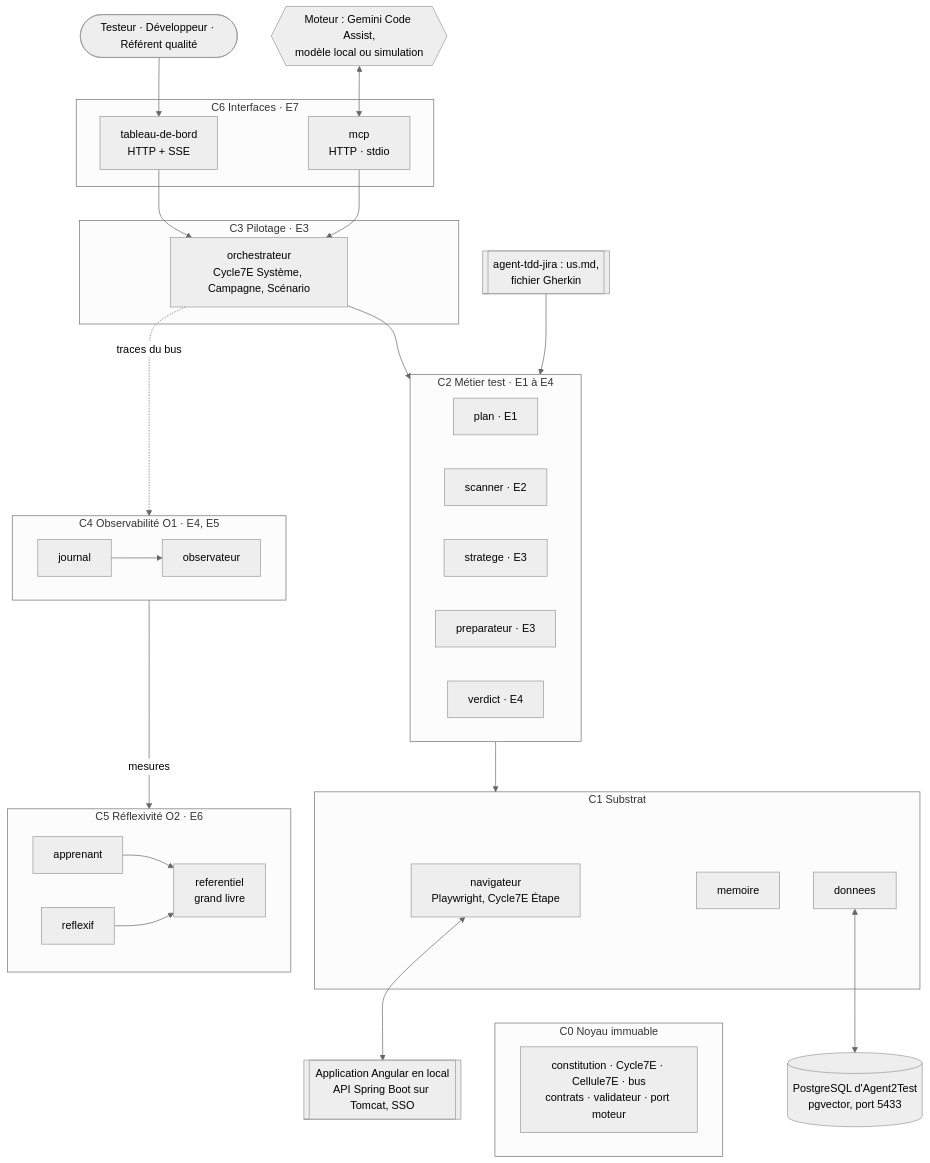
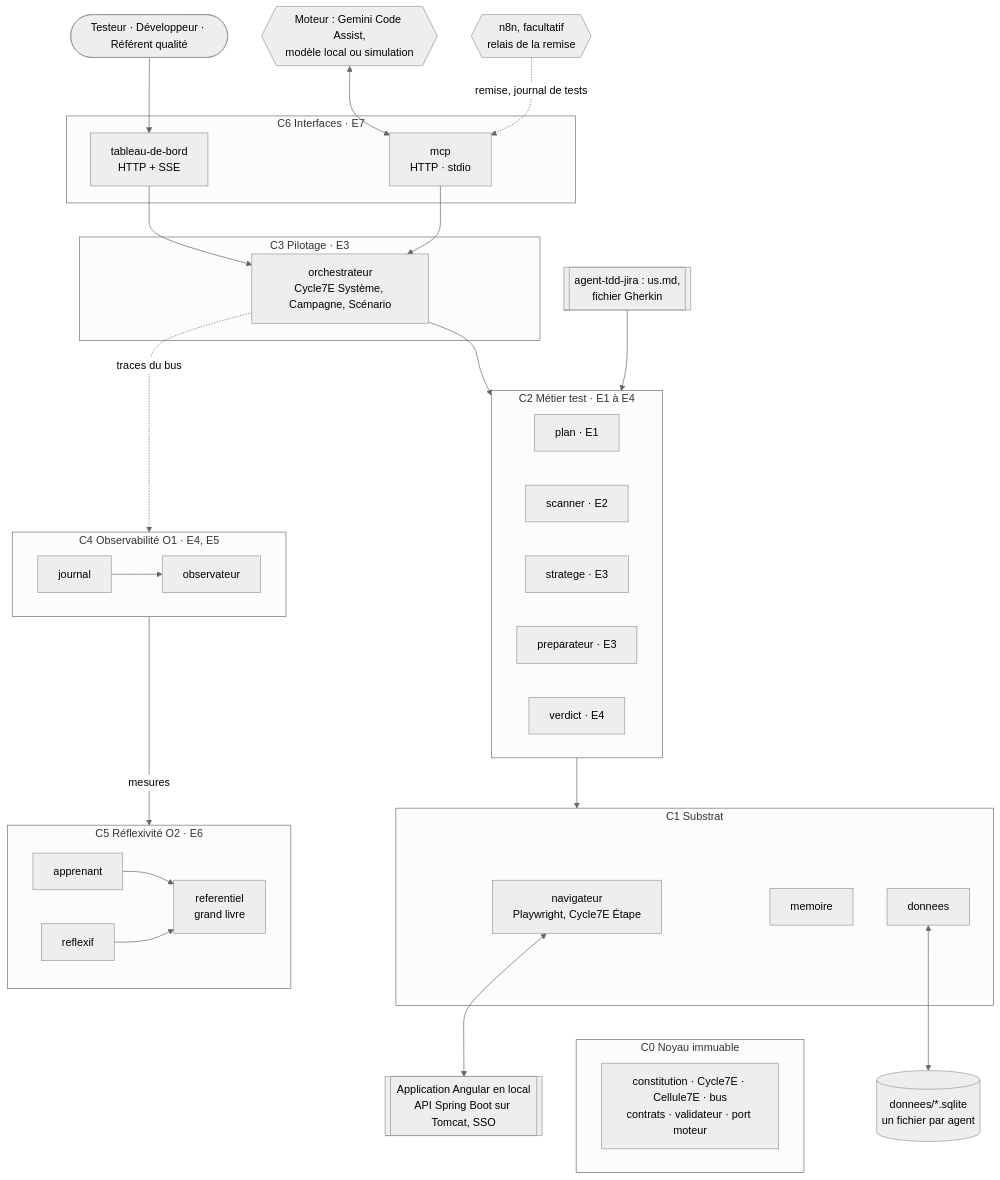
The diagram in specs/agent2test/SKILL.md (FredGarcia/Agent2Prompt), drawn with Mermaid (neutral theme) before and after one commit. The commit also changed other lines of this file and 43 other files, not shown here.

````diff
--- a/specs/agent2test/SKILL.md
+++ b/specs/agent2test/SKILL.md
@@ -62,50 +64,52 @@
 ```mermaid
 flowchart TB
   HUM(["Testeur · Développeur · Référent qualité"])
   GEM{{"Moteur : Gemini Code Assist,<br/>modèle local ou simulation"}}
   TDD[["agent-tdd-jira : us.md,<br/>fichier Gherkin"]]
+  REL{{"n8n, facultatif<br/>relais de la remise"}}
   subgraph C6["C6 Interfaces · E7"]
     TDB["tableau-de-bord<br/>HTTP + SSE"]
     MCP["mcp<br/>HTTP · stdio"]
   end
   subgraph C3["C3 Pilotage · E3"]
     ORC["orchestrateur<br/>Cycle7E Système, Campagne, Scénario"]
   end
   subgraph C2["C2 Métier test · E1 à E4"]
     direction LR
     PLA["plan · E1"]
     SCA["scanner · E2"]
     STR["stratege · E3"]
     PRE["preparateur · E3"]
     VER["verdict · E4"]
   end
   subgraph C1["C1 Substrat"]
     NAV["navigateur<br/>Playwright, Cycle7E Étape"]
     MEM["memoire"]
     DON["donnees"]
   end
   subgraph C0["C0 Noyau immuable"]
     K["constitution · Cycle7E · Cellule7E · bus<br/>contrats · validateur · port moteur"]
   end
   subgraph C4["C4 Observabilité O1 · E4, E5"]
     JRN["journal"] --> OBS["observateur"]
   end
   subgraph C5["C5 Réflexivité O2 · E6"]
     APP["apprenant"] --> REF["referentiel<br/>grand livre"]
     RFX["reflexif"] --> REF
   end
   APPLI[["Application Angular en local<br/>API Spring Boot sur Tomcat, SSO"]]
-  PG[("PostgreSQL d'Agent2Test<br/>pgvector, port 5433")]
+  BDD[("donnees/*.sqlite<br/>un fichier par agent")]
   HUM --> TDB
   GEM <--> MCP
+  REL -.->|"remise, journal de tests"| MCP
   TDD --> PLA
   TDB --> ORC
   MCP --> ORC
   ORC --> C2
   C2 --> C1
   C1 ~~~ C0
   NAV <--> APPLI
-  DON <--> PG
+  DON <--> BDD
   ORC -.->|"traces du bus"| C4
   C4 -->|"mesures"| C5
 ```
````
